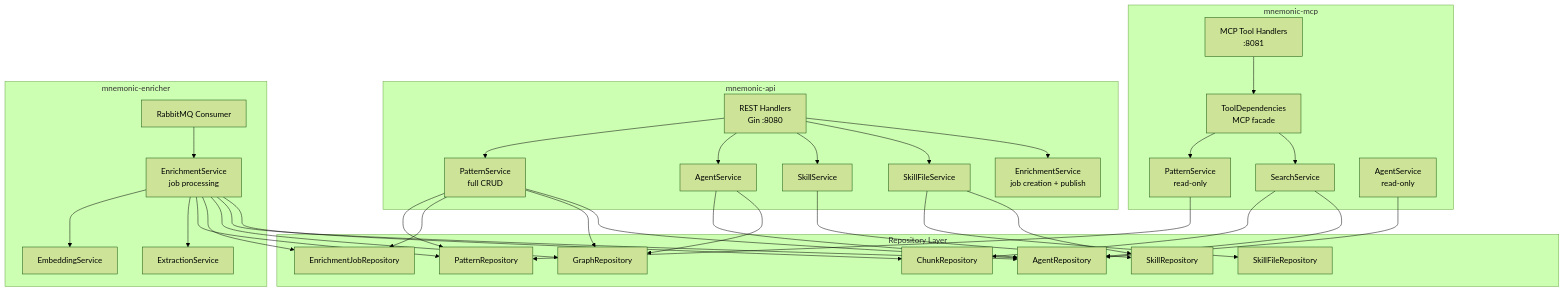
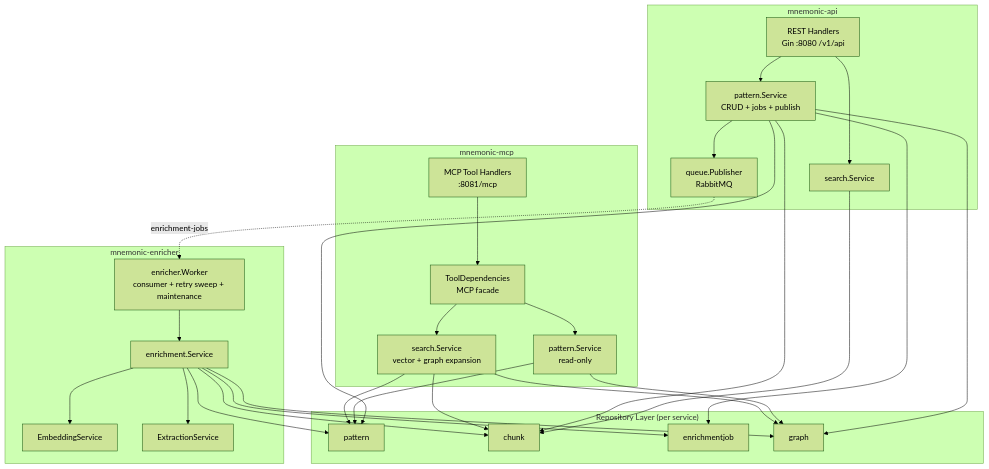
One commit to twistingmercury/mnemonic-docs changed the first of 3 diagrams in docs/design/service-layer.md. Above: the diagram before and after it, drawn with Mermaid (forest theme). The commit also changed other lines of this file and 41 other files, not shown here.

````diff
--- a/docs/design/service-layer.md
+++ b/docs/design/service-layer.md
@@ -89,68 +83,57 @@
 ```mermaid
 graph TB
     subgraph "mnemonic-mcp"
-        MCP[MCP Tool Handlers<br/>:8081]
+        MCP[MCP Tool Handlers<br/>:8081/mcp]
         TD[ToolDependencies<br/>MCP facade]
-        SEARCH[SearchService]
-        PS_R[PatternService<br/>read-only]
-        AS_R[AgentService<br/>read-only]
+        MSEARCH[search.Service<br/>vector + graph expansion]
+        MPS[pattern.Service<br/>read-only]
     end
 
     subgraph "mnemonic-api"
-        REST[REST Handlers<br/>Gin :8080]
-        PS[PatternService<br/>full CRUD]
-        AS[AgentService]
-        SS[SkillService]
-        SFS[SkillFileService]
-        ES_PUB[EnrichmentService<br/>job creation + publish]
+        REST[REST Handlers<br/>Gin :8080 /v1/api]
+        PS[pattern.Service<br/>CRUD + jobs + publish]
+        ASEARCH[search.Service]
+        PUB[queue.Publisher<br/>RabbitMQ]
     end
 
     subgraph "mnemonic-enricher"
-        CONSUMER[RabbitMQ Consumer]
-        ES_PROC[EnrichmentService<br/>job processing]
+        WORKER[enricher.Worker<br/>consumer + retry sweep + maintenance]
+        ES[enrichment.Service]
         EMB[EmbeddingService]
         EXT[ExtractionService]
     end
 
-    subgraph "Repository Layer"
-        PR[PatternRepository]
-        AR[AgentRepository]
-        SR[SkillRepository]
-        SFR[SkillFileRepository]
-        EJR[EnrichmentJobRepository]
-        GR[GraphRepository]
-        CR[ChunkRepository]
+    subgraph "Repository Layer (per service)"
+        PR[pattern]
+        CR[chunk]
+        EJR[enrichmentjob]
+        GR[graph]
     end
 
     MCP --> TD
-    TD --> PS_R
-    TD --> SEARCH
-    SEARCH --> CR
-    SEARCH --> AR
-    PS_R --> PR
-    AS_R --> AR
+    TD --> MSEARCH
+    TD --> MPS
+    MSEARCH --> CR
+    MSEARCH --> PR
+    MSEARCH --> GR
+    MPS --> PR
+    MPS --> GR
 
     REST --> PS
-    REST --> AS
-    REST --> SS
-    REST --> SFS
-    REST --> ES_PUB
+    REST --> ASEARCH
     PS --> PR
+    PS --> CR
     PS --> EJR
     PS --> GR
-    PS --> AR
-    AS --> AR
-    AS --> GR
-    SS --> SR
-    SFS --> SFR
-    SFS --> SR
+    PS --> PUB
+    ASEARCH --> CR
 
-    CONSUMER --> ES_PROC
-    ES_PROC --> EMB
-    ES_PROC --> EXT
-    ES_PROC --> PR
-    ES_PROC --> EJR
-    ES_PROC --> GR
-    ES_PROC --> AR
-    ES_PROC --> CR
+    PUB -.->|enrichment-jobs| WORKER
+    WORKER --> ES
+    ES --> EMB
+    ES --> EXT
+    ES --> PR
+    ES --> CR
+    ES --> EJR
+    ES --> GR
 ```
````
